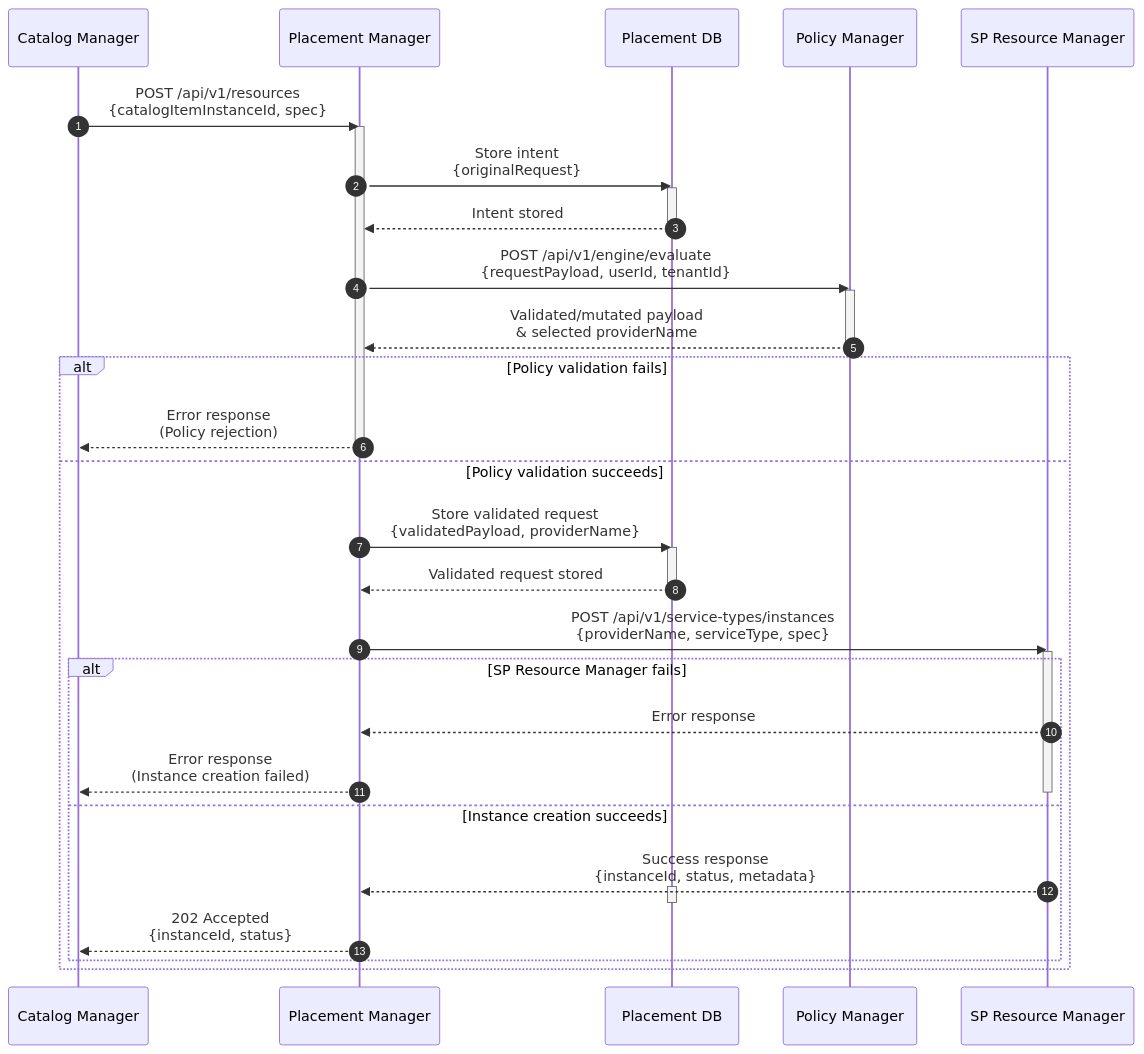
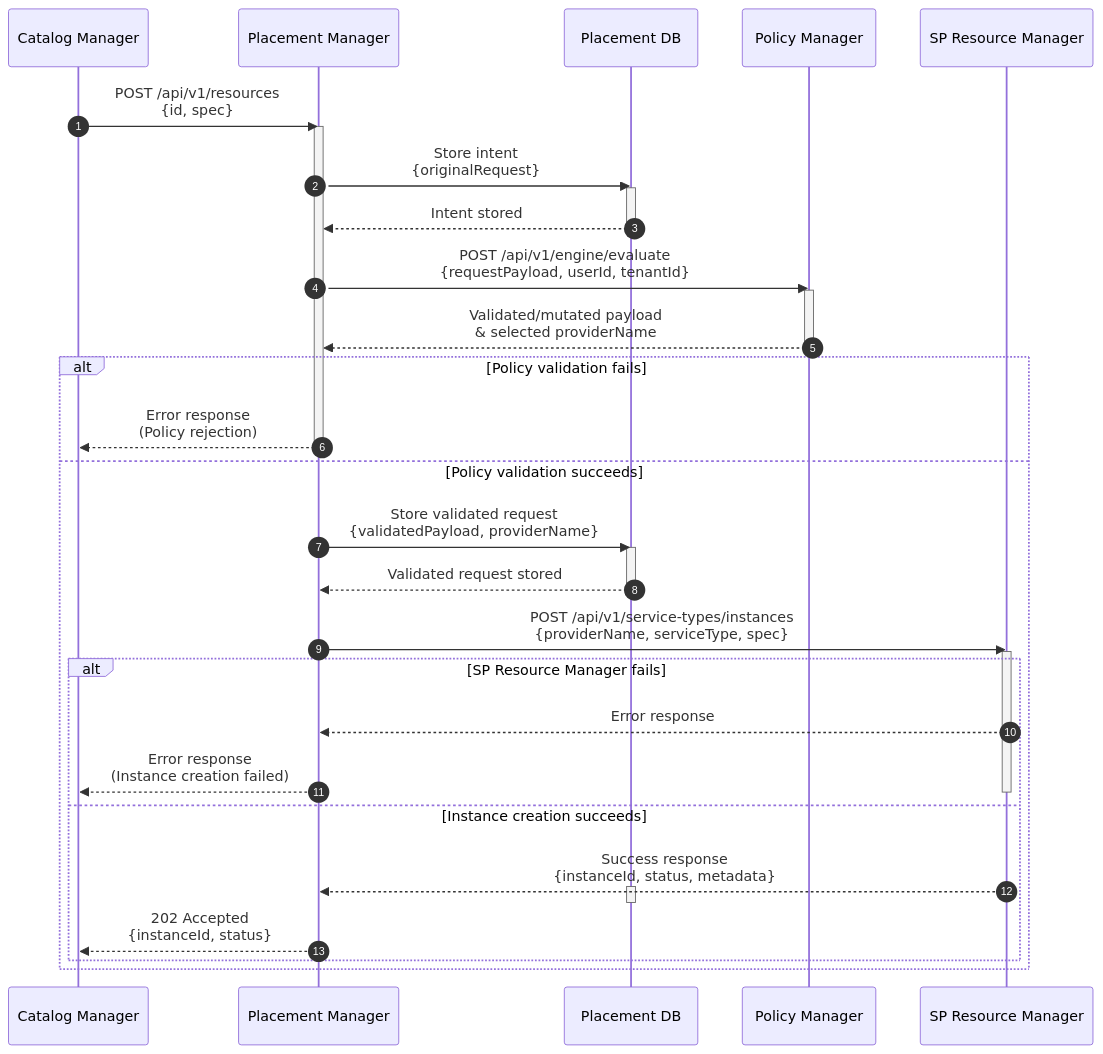
Before and after one commit to dcm-project/enhancements: the second of 2 diagrams in enhancements/placement-manager/placement-manager.md, drawn with Mermaid. The commit also changed other lines of this file, not shown here.

Commit message:
fix(enhancements placement-manager docs): FLPATH-3872 - aligning placement-manager enhancement document with the placement-manager OpenAPI spec. - Changed to use lowerCamelCase - Remove unused fields on payloads - Updated the schema fields

````diff
--- a/enhancements/placement-manager/placement-manager.md
+++ b/enhancements/placement-manager/placement-manager.md
@@ -301,51 +286,51 @@
 ```mermaid
 sequenceDiagram
     autonumber
     participant CM as Catalog Manager
     participant PM as Placement Manager
     participant DB as Placement DB
     participant PE as Policy Manager
     participant SPRM as SP Resource Manager
 
-    CM->>PM: POST /api/v1/resources<br/>{catalogItemInstanceId, spec}
+    CM->>PM: POST /api/v1/resources<br/>{id, spec}
     activate PM
 
     PM->>DB: Store intent<br/>{originalRequest}
     activate DB
     DB-->>PM: Intent stored
     deactivate DB
 
     PM->>PE: POST /api/v1/engine/evaluate<br/>{requestPayload, userId, tenantId}
     activate PE
 
     PE-->>PM: Validated/mutated payload<br/>& selected providerName
     deactivate PE
 
     alt Policy validation fails
         PM-->>CM: Error response<br/>(Policy rejection)
         deactivate PM
     else Policy validation succeeds
 
         PM->>DB: Store validated request<br/>{validatedPayload, providerName}
         activate DB
         DB-->>PM: Validated request stored
         deactivate DB
 
         PM->>SPRM: POST /api/v1/service-types/instances<br/>{providerName, serviceType, spec}
         activate SPRM
 
         alt SP Resource Manager fails
             SPRM-->>PM: Error response
             PM-->>CM: Error response<br/>(Instance creation failed)
             deactivate SPRM
 
         else Instance creation succeeds
             SPRM-->>PM: Success response<br/>{instanceId, status, metadata}
             activate DB
             deactivate DB
 
             PM-->>CM: 202 Accepted<br/>{instanceId, status}
 
         end
     end
 ```
````
